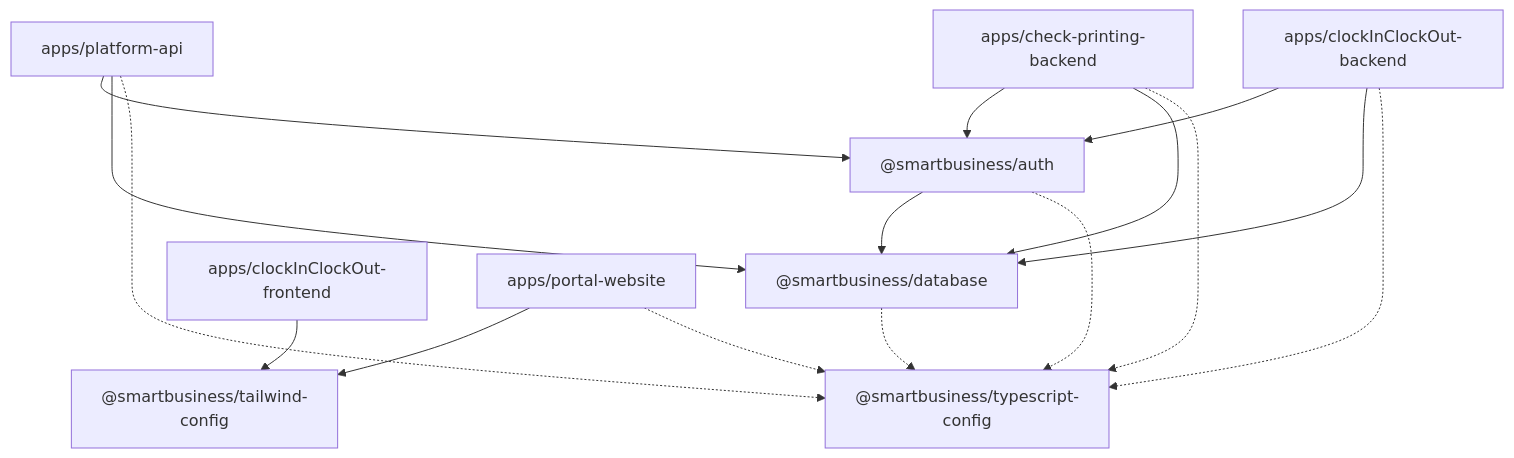
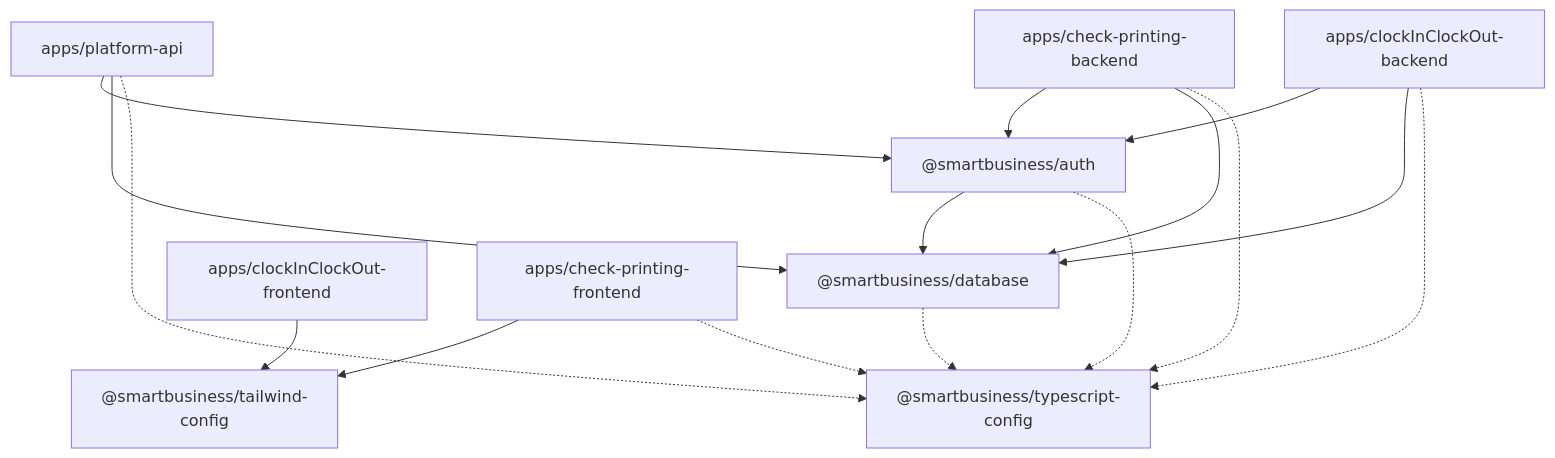
One commit to smartbusinesssolution1/smartbusiness-solution changed the diagram in README.md. Above: the diagram before and after it, drawn with Mermaid. The commit also changed other lines of this file and 77 other files, not shown here.

First line of the commit message:
chore: rename apps/portal-website to apps/check-printing-frontend

````diff
--- a/README.md
+++ b/README.md
@@ -82,30 +82,30 @@
 ```mermaid
 graph TD
     DB["@smartbusiness/database"]
     AUTH["@smartbusiness/auth"]
     TS["@smartbusiness/typescript-config"]
     TAILWIND["@smartbusiness/tailwind-config"]
 
     PLATFORM["apps/platform-api"]
     CHECK["apps/check-printing-backend"]
     CLOCK["apps/clockInClockOut-backend"]
     CLOCK_FE["apps/clockInClockOut-frontend"]
-    PORTAL["apps/portal-website"]
+    PORTAL["apps/check-printing-frontend"]
 
     AUTH --> DB
     PLATFORM --> AUTH
     PLATFORM --> DB
     CHECK --> AUTH
     CHECK --> DB
     CLOCK --> AUTH
     CLOCK --> DB
     PORTAL --> TAILWIND
     CLOCK_FE --> TAILWIND
 
     PLATFORM -.-> TS
     CHECK -.-> TS
     CLOCK -.-> TS
     PORTAL -.-> TS
     DB -.-> TS
     AUTH -.-> TS
 ```
````
